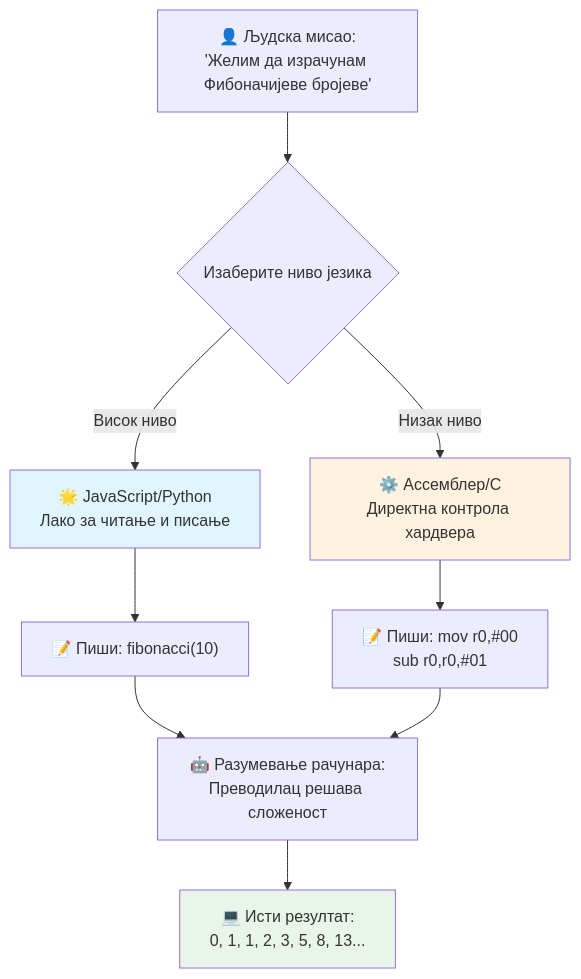
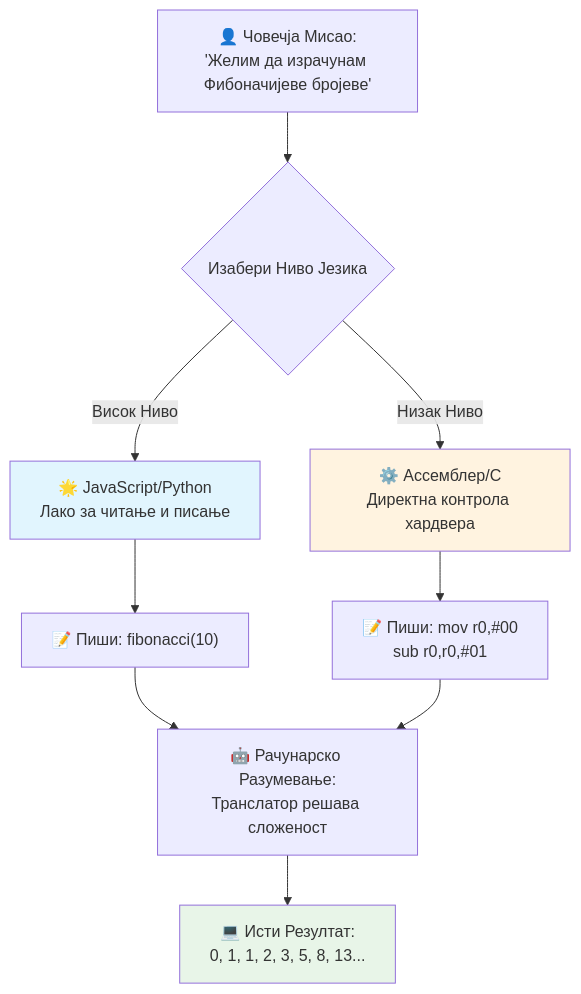
One commit to microsoft/Web-Dev-For-Beginners changed the third of 7 diagrams in translations/sr/1-getting-started-lessons/1-intro-to-programming-languages/README.md. Above: the diagram before and after it, drawn with Mermaid. The commit also changed other lines of this file and 11 other files, not shown here.

````diff
--- a/translations/sr/1-getting-started-lessons/1-intro-to-programming-languages/README.md
+++ b/translations/sr/1-getting-started-lessons/1-intro-to-programming-languages/README.md
@@ -148,19 +148,19 @@
 ```mermaid
 flowchart TB
-    A["👤 Људска мисао:<br/>'Желим да израчунaм Фибоначијеве бројеве'"] --> B{Изаберите ниво језика}
+    A["👤 Човечја Мисао:<br/>'Желим да израчунам Фибоначијеве бројеве'"] --> B{Изабери Ниво Језика}
     
-    B -->|Висок ниво| C["🌟 JavaScript/Python<br/>Лако за читање и писање"]
-    B -->|Низак ниво| D["⚙️ Ассемблер/C<br/>Директна контрола хардвера"]
+    B -->|Висок Ниво| C["🌟 JavaScript/Python<br/>Лако за читање и писање"]
+    B -->|Низак Ниво| D["⚙️ Ассемблер/C<br/>Директна контрола хардвера"]
     
     C --> E["📝 Пиши: fibonacci(10)"]
     D --> F["📝 Пиши: mov r0,#00<br/>sub r0,r0,#01"]
     
-    E --> G["🤖 Разумевање рачунара:<br/>Преводилац решава сложеност"]
+    E --> G["🤖 Рачунарско Разумевање:<br/>Транслатор решава сложеност"]
     F --> G
     
-    G --> H["💻 Исти резултат:<br/>0, 1, 1, 2, 3, 5, 8, 13..."]
+    G --> H["💻 Исти Резултат:<br/>0, 1, 1, 2, 3, 5, 8, 13..."]
     
     style C fill:#e1f5fe
     style D fill:#fff3e0
     style H fill:#e8f5e8
 ```
````
